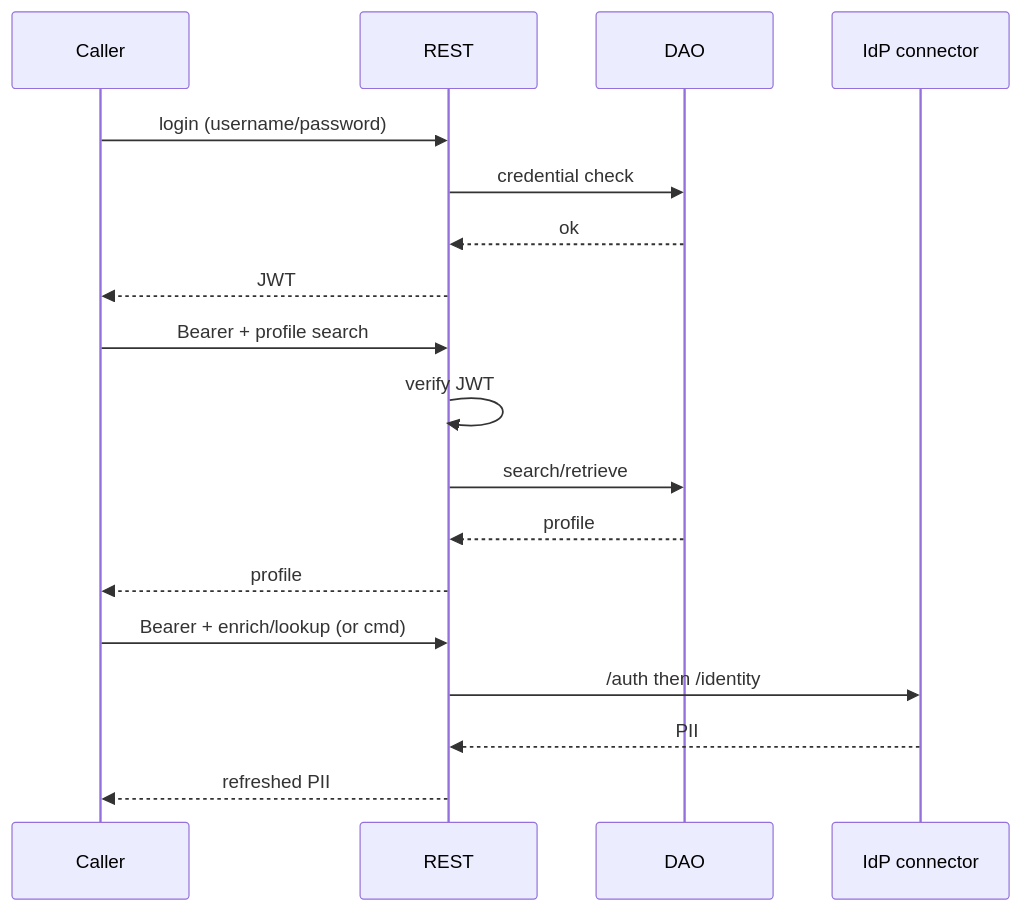
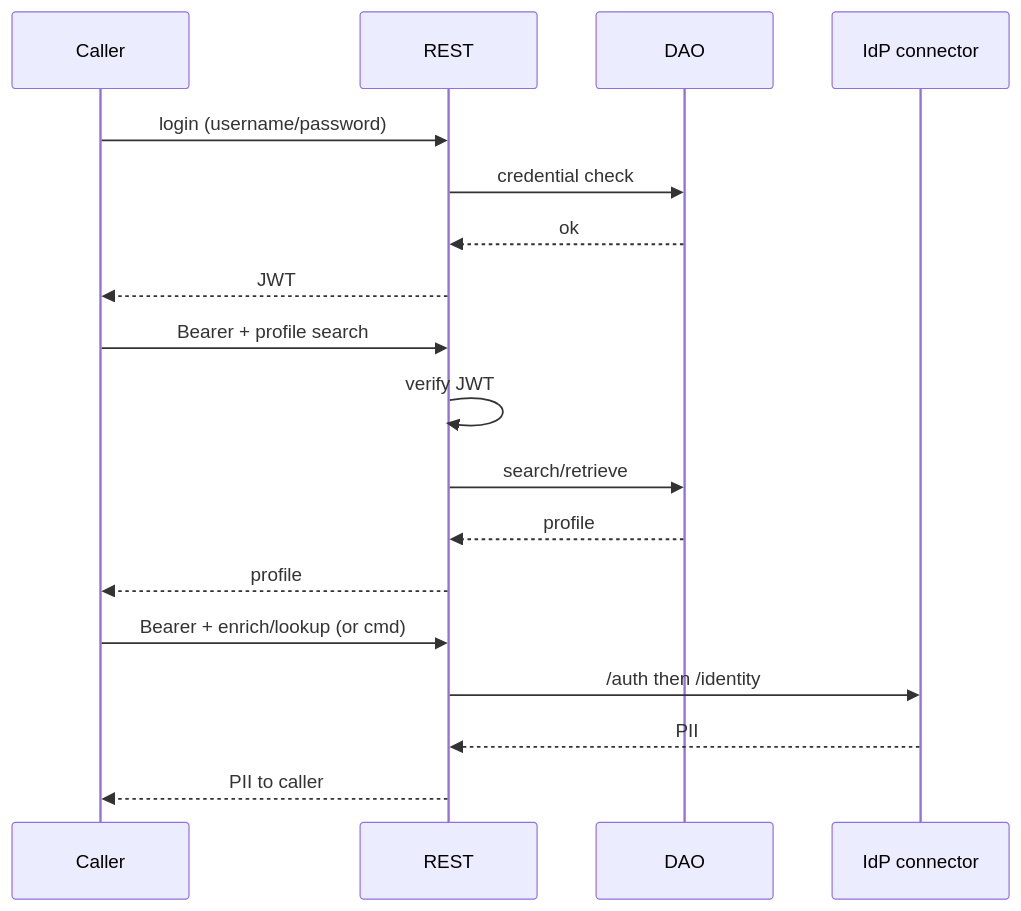
Before and after one commit to svanegmond/identity-oct-6: the diagram in project/demos/ENG-561-identity-go-service.md, drawn with Mermaid. The commit also changed other lines of this file and 1 other file, not shown here.

````diff
--- a/project/demos/ENG-561-identity-go-service.md
+++ b/project/demos/ENG-561-identity-go-service.md
@@ -55,20 +58,20 @@
 ```mermaid
 sequenceDiagram
   participant Caller
   participant REST
   participant DAO
   participant IdP as IdP connector
   Caller->>REST: login (username/password)
   REST->>DAO: credential check
   DAO-->>REST: ok
   REST-->>Caller: JWT
   Caller->>REST: Bearer + profile search
   REST->>REST: verify JWT
   REST->>DAO: search/retrieve
   DAO-->>REST: profile
   REST-->>Caller: profile
   Caller->>REST: Bearer + enrich/lookup (or cmd)
   REST->>IdP: /auth then /identity
   IdP-->>REST: PII
-  REST-->>Caller: refreshed PII
+  REST-->>Caller: PII to caller
 ```
````
